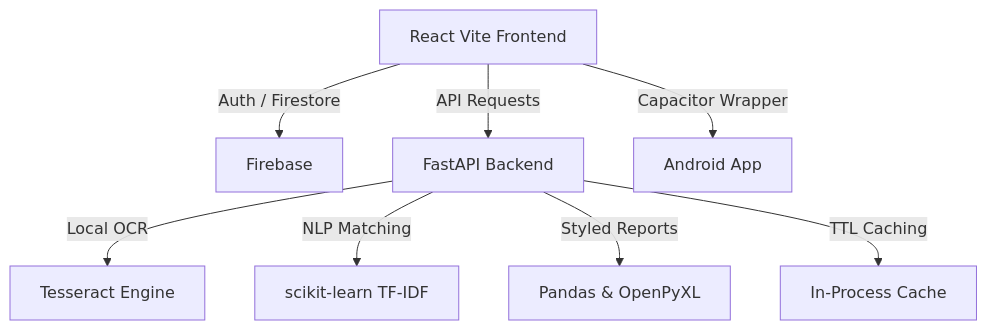
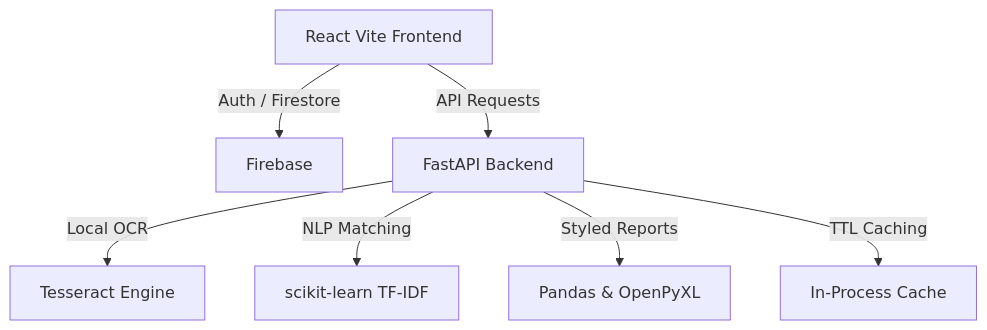
One commit to Harshvardhan210/ZenJob changed the diagram in README.md. Above: the diagram before and after it, drawn with Mermaid. The commit also changed other lines of this file and 84 other files, not shown here.

````diff
--- a/README.md
+++ b/README.md
@@ -41,10 +38,9 @@
 ```mermaid
 graph TD
     A[React Vite Frontend] -->|Auth / Firestore| B[Firebase]
     A -->|API Requests| C[FastAPI Backend]
-    A -->|Capacitor Wrapper| Mob[Android App]
     C -->|Local OCR| D[Tesseract Engine]
     C -->|NLP Matching| E[scikit-learn TF-IDF]
     C -->|Styled Reports| F[Pandas & OpenPyXL]
     C -->|TTL Caching| G[In-Process Cache]
 ```
````
